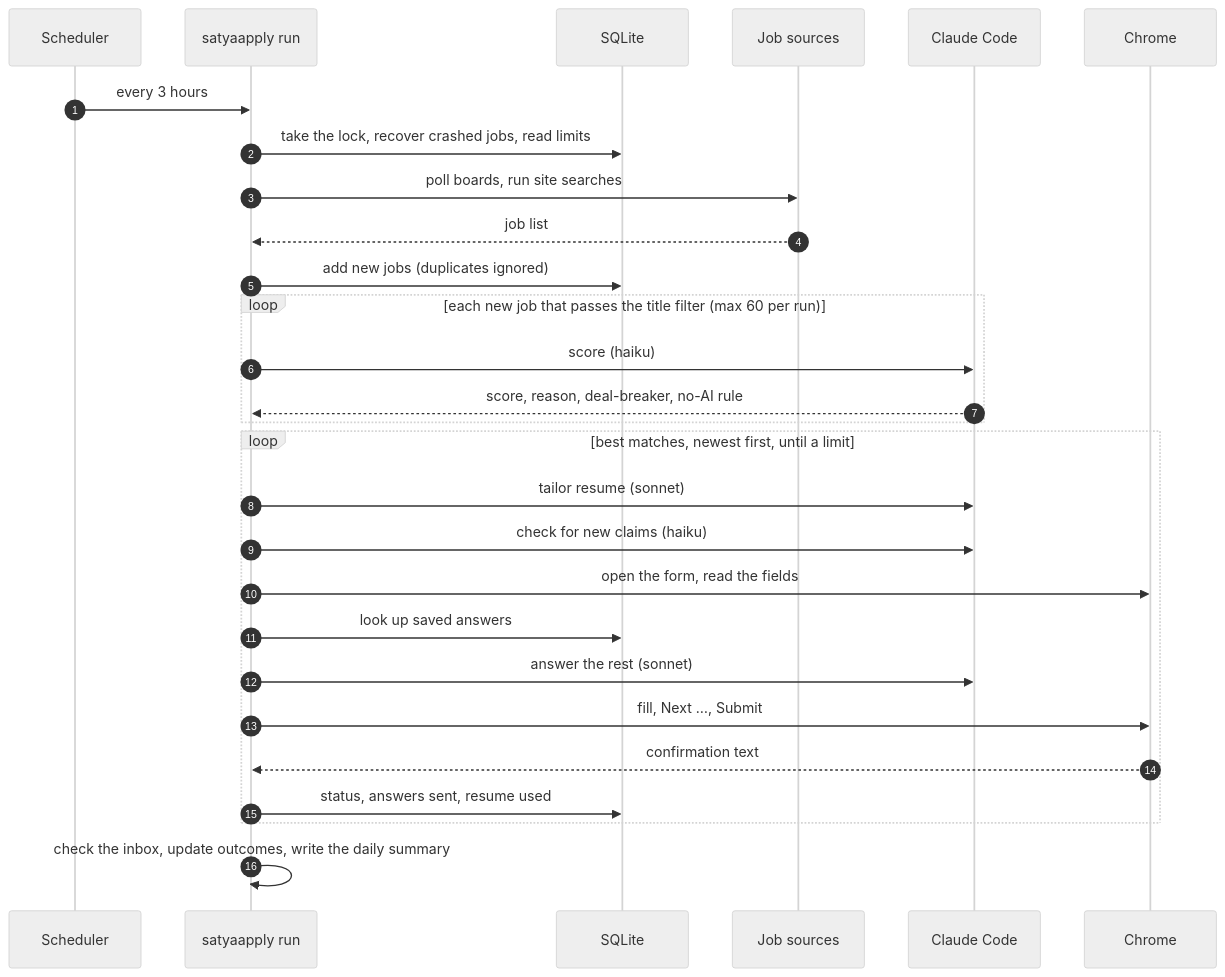
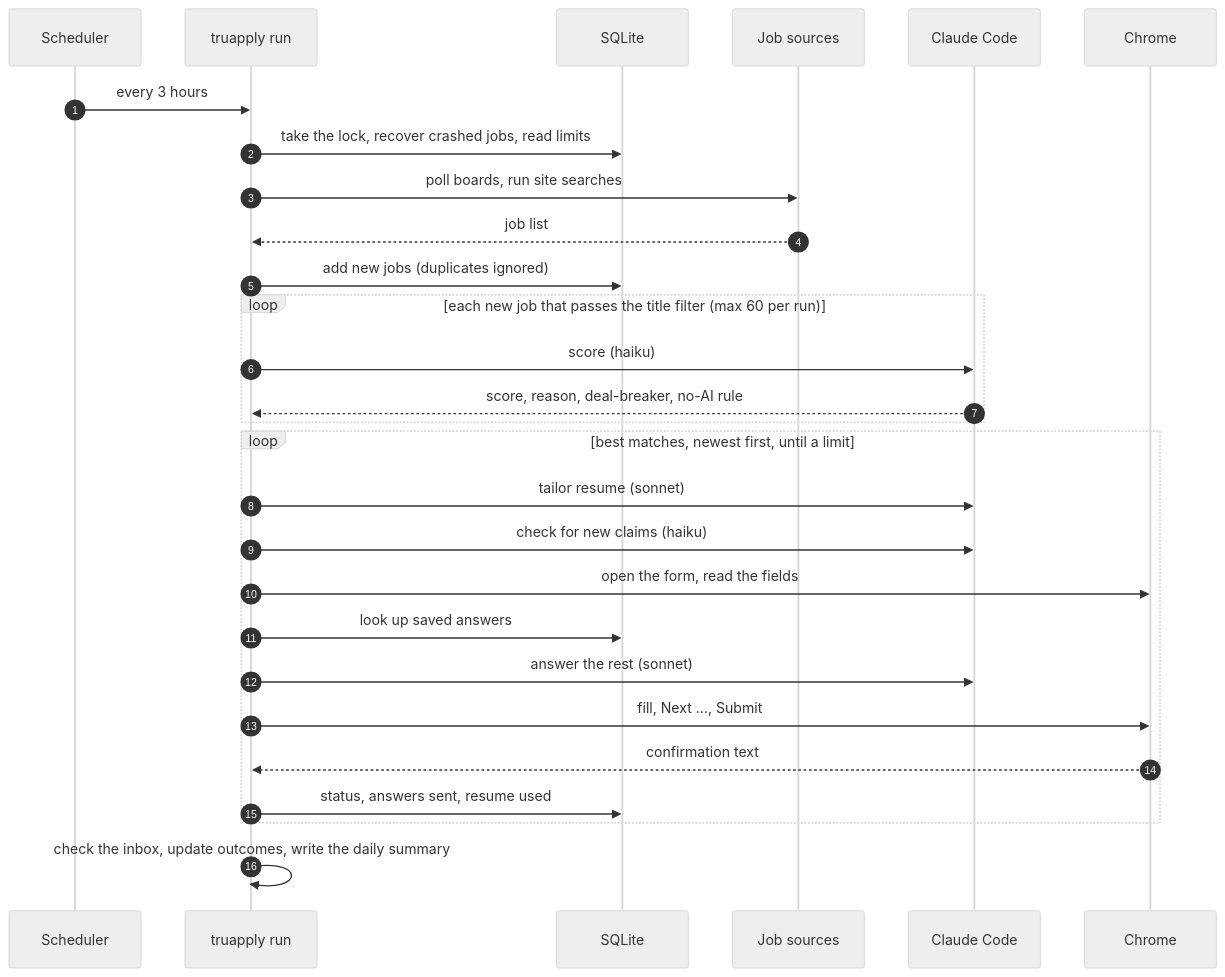
The second of 7 diagrams in docs/architecture.md (Avijit07x/truapply), drawn with Mermaid (neutral theme) before and after one commit. The commit also changed other lines of this file and 289 other files, not shown here.

````diff
--- a/docs/architecture.md
+++ b/docs/architecture.md
@@ -167,30 +167,30 @@
 ```mermaid
 sequenceDiagram
   autonumber
   participant S as Scheduler
-  participant R as satyaapply run
+  participant R as truapply run
   participant DB as SQLite
   participant W as Job sources
   participant AI as Claude Code
   participant B as Chrome
   S->>R: every 3 hours
   R->>DB: take the lock, recover crashed jobs, read limits
   R->>W: poll boards, run site searches
   W-->>R: job list
   R->>DB: add new jobs (duplicates ignored)
   loop each new job that passes the title filter (max 60 per run)
     R->>AI: score (haiku)
     AI-->>R: score, reason, deal-breaker, no-AI rule
   end
   loop best matches, newest first, until a limit
     R->>AI: tailor resume (sonnet)
     R->>AI: check for new claims (haiku)
     R->>B: open the form, read the fields
     R->>DB: look up saved answers
     R->>AI: answer the rest (sonnet)
     R->>B: fill, Next …, Submit
     B-->>R: confirmation text
     R->>DB: status, answers sent, resume used
   end
   R->>R: check the inbox, update outcomes, write the daily summary
 ```
````
